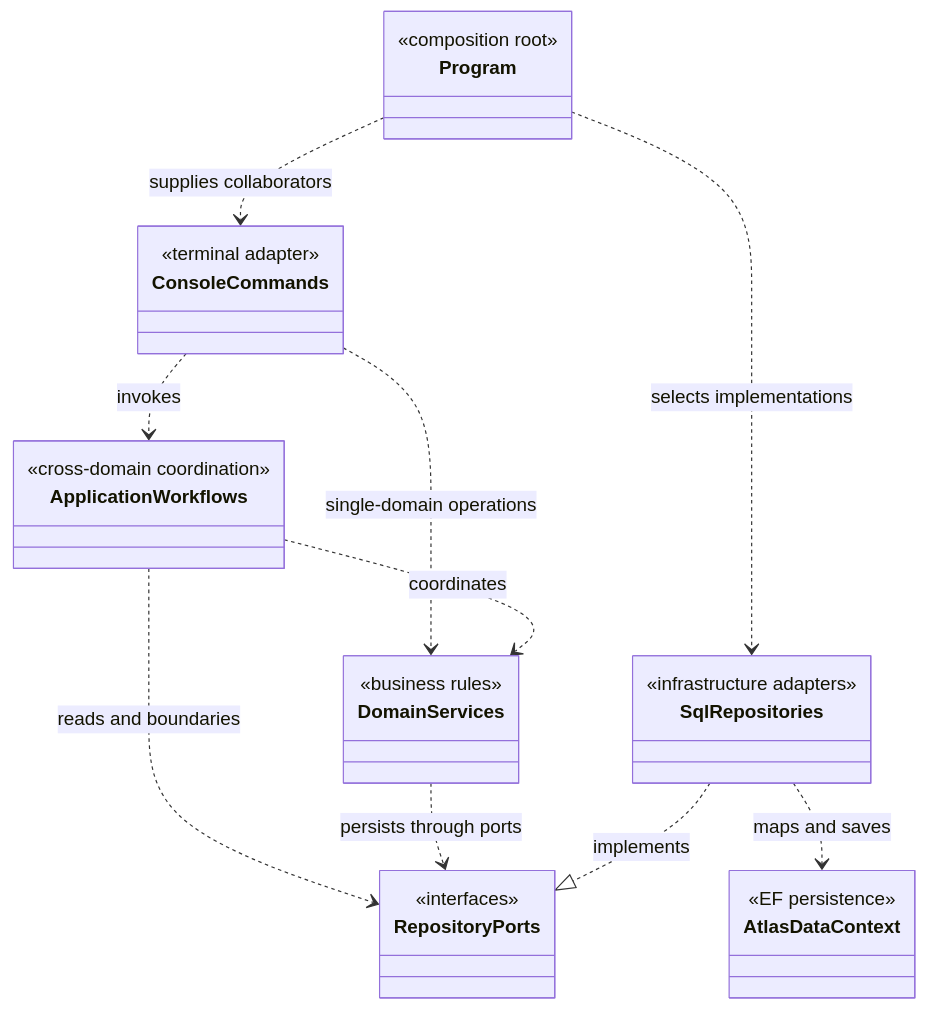
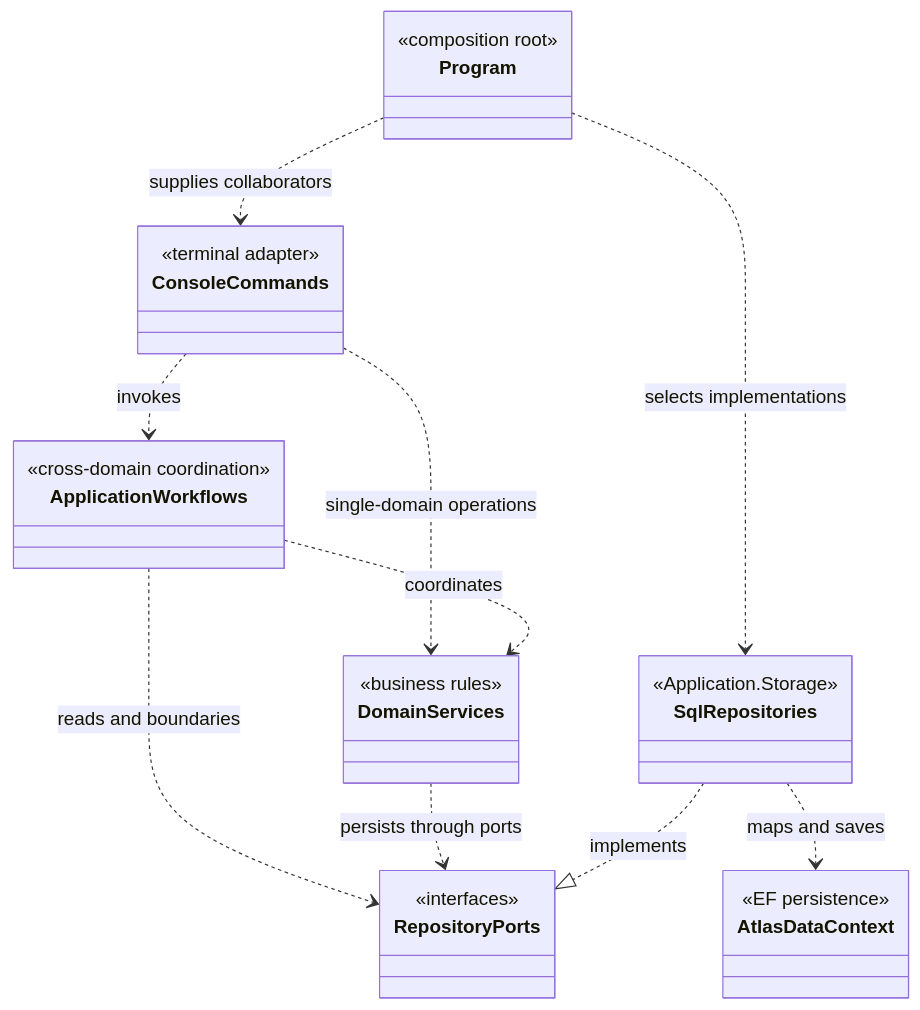
Before and after one commit to williamowen65/atlas-the-public-think-tank: the first of 2 diagrams in docs/architecture/diagrams/WIRING.md, drawn with Mermaid. The commit also changed other lines of this file and 163 other files, not shown here.

Commit message:
refactor: consolidate backend adapters in Application and group Console under hosts

````diff
--- a/docs/architecture/diagrams/WIRING.md
+++ b/docs/architecture/diagrams/WIRING.md
@@ -9,34 +9,34 @@
 ```mermaid
 classDiagram
     direction TB
     class Program {
         <<composition root>>
     }
     class ConsoleCommands {
         <<terminal adapter>>
     }
     class ApplicationWorkflows {
         <<cross-domain coordination>>
     }
     class DomainServices {
         <<business rules>>
     }
     class RepositoryPorts {
         <<interfaces>>
     }
     class SqlRepositories {
-        <<infrastructure adapters>>
+        <<Application.Storage>>
     }
     class AtlasDataContext {
         <<EF persistence>>
     }
     Program ..> ConsoleCommands : supplies collaborators
     Program ..> SqlRepositories : selects implementations
     ConsoleCommands ..> ApplicationWorkflows : invokes
     ConsoleCommands ..> DomainServices : single-domain operations
     ApplicationWorkflows ..> DomainServices : coordinates
     ApplicationWorkflows ..> RepositoryPorts : reads and boundaries
     DomainServices ..> RepositoryPorts : persists through ports
     SqlRepositories ..|> RepositoryPorts : implements
     SqlRepositories ..> AtlasDataContext : maps and saves
 ```
````
